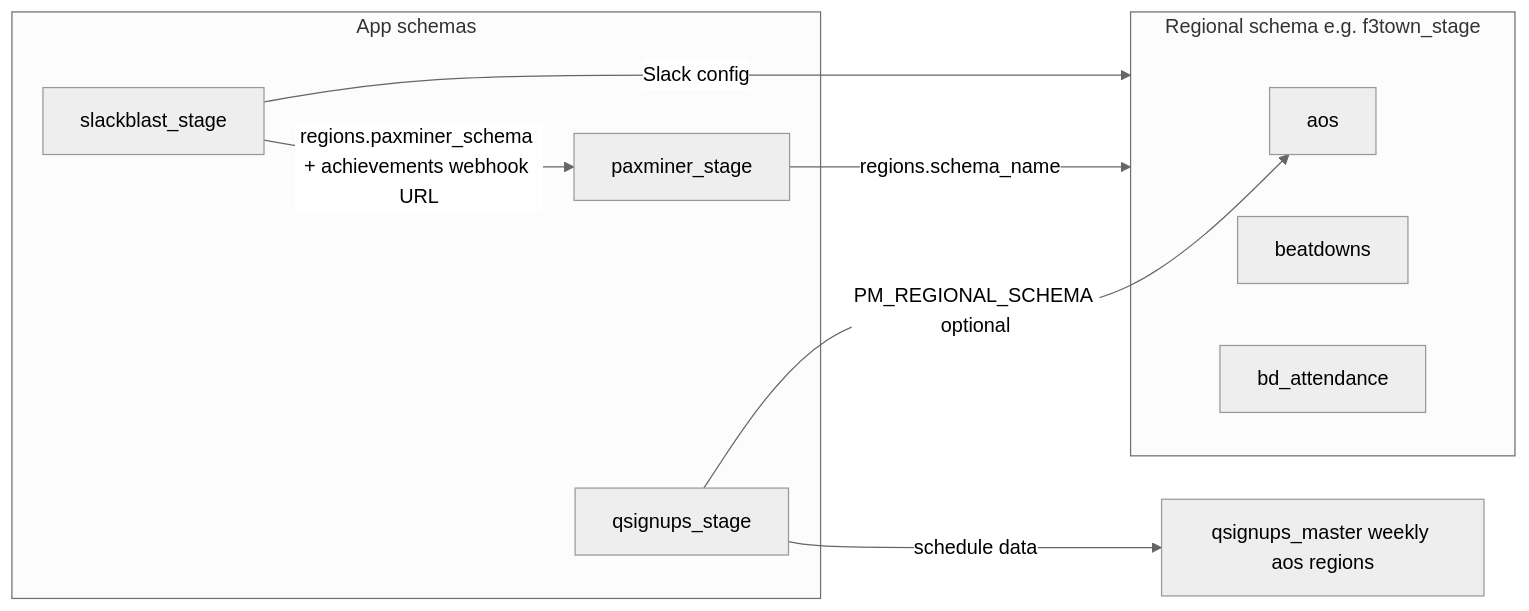
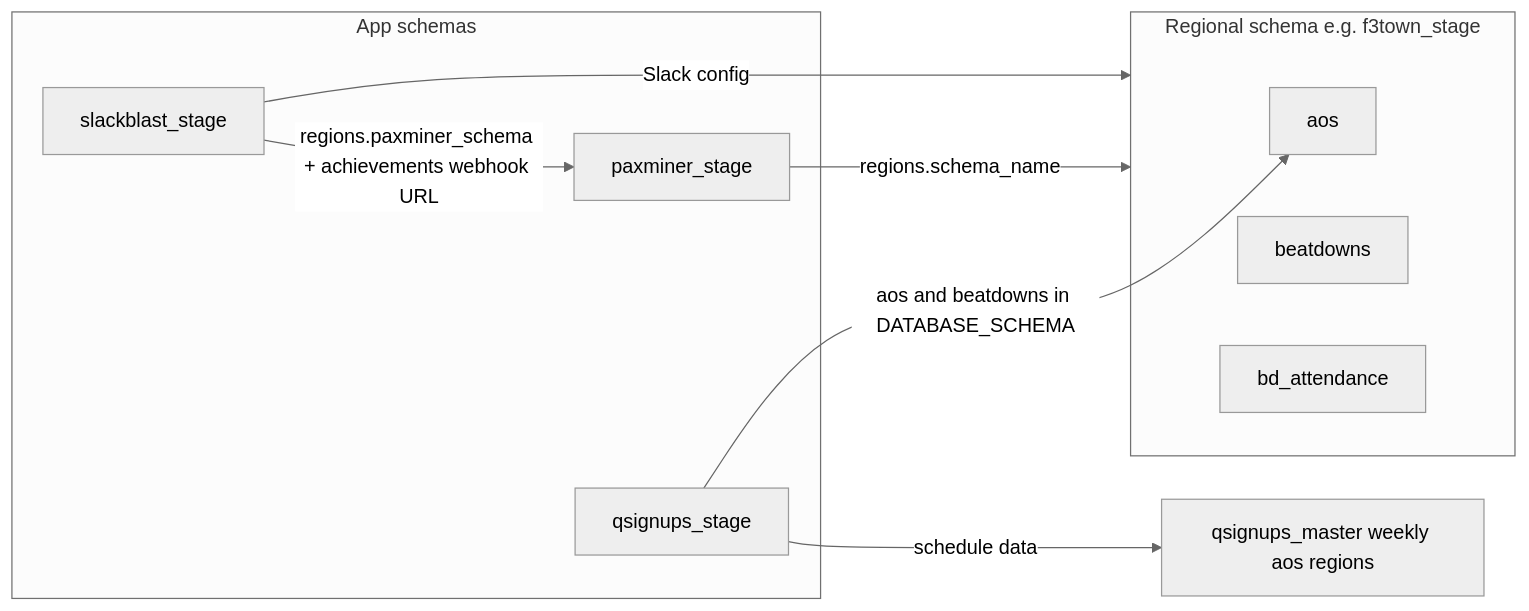
One commit to F3-Tulsa/slack-stack changed the diagram in docs/ARCHITECTURE.md. Above: the diagram before and after it, drawn with Mermaid (neutral theme). The commit also changed other lines of this file and 2 other files, not shown here.

First line of the commit message:
docs: describe the single region schema

````diff
--- a/docs/ARCHITECTURE.md
+++ b/docs/ARCHITECTURE.md
@@ -31,18 +31,18 @@
 ```mermaid
 flowchart LR
   subgraph app_schemas [App schemas]
     PM[paxminer_stage]
     SB[slackblast_stage]
     QS[qsignups_stage]
   end
   subgraph regional [Regional schema e.g. f3town_stage]
     AOS[aos]
     BD[beatdowns]
     ATT[bd_attendance]
   end
   PM -->|regions.schema_name| regional
   SB -->|regions.paxminer_schema + achievements webhook URL| PM
   SB -->|Slack config| regional
-  QS -->|PM_REGIONAL_SCHEMA optional| AOS
+  QS -->|aos and beatdowns in DATABASE_SCHEMA| AOS
   QS -->|schedule data| QSMASTER[qsignups_master weekly aos regions]
 ```
````
